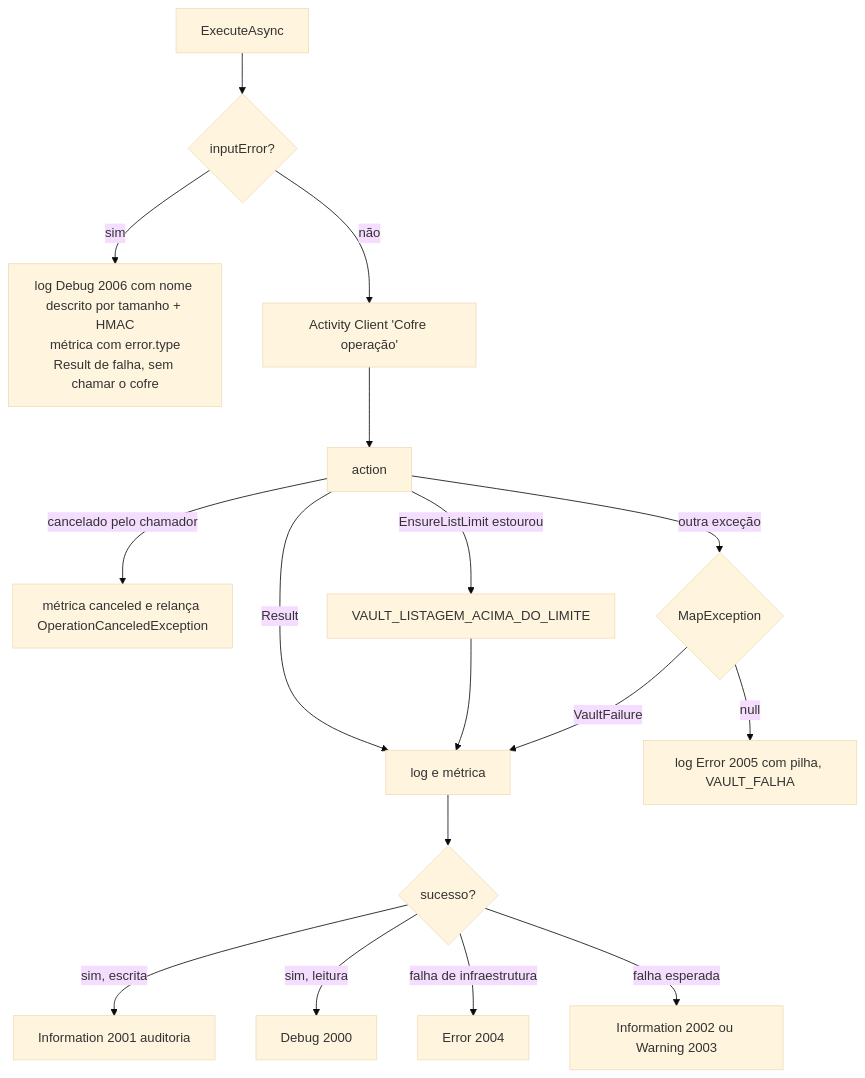
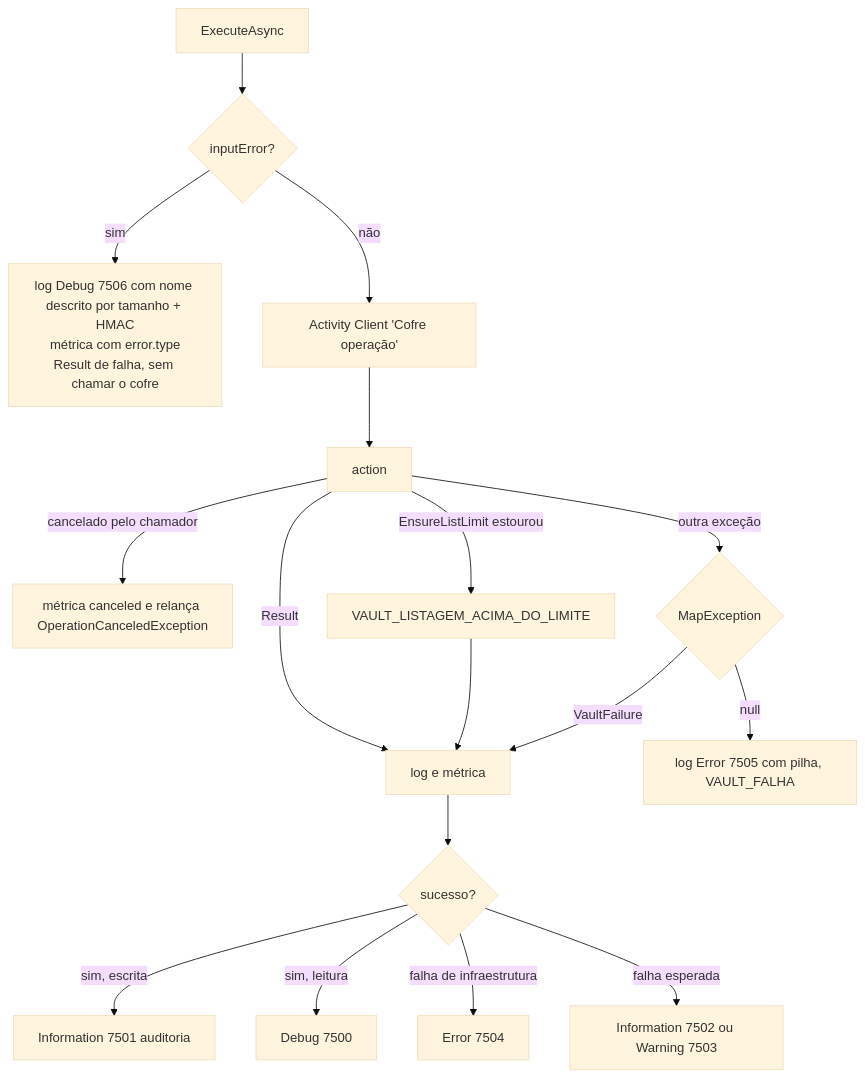
Before and after one commit to tudoemcodigo/lib-tec-vault: the second of 3 diagrams in docs/novo-provedor.md, drawn with Mermaid (base theme). The commit also changed other lines of this file and 16 other files, not shown here.

````diff
--- a/docs/novo-provedor.md
+++ b/docs/novo-provedor.md
@@ -41,19 +41,19 @@
 ```mermaid
 flowchart TD
     A["ExecuteAsync"] --> B{"inputError?"}
-    B -->|"sim"| C["log Debug 2006 com nome descrito por tamanho + HMAC<br/>métrica com error.type<br/>Result de falha, sem chamar o cofre"]
+    B -->|"sim"| C["log Debug 7506 com nome descrito por tamanho + HMAC<br/>métrica com error.type<br/>Result de falha, sem chamar o cofre"]
     B -->|"não"| D["Activity Client 'Cofre operação'"]
     D --> E["action"]
     E -->|"Result"| F["log e métrica"]
     E -->|"cancelado pelo chamador"| G["métrica canceled e relança OperationCanceledException"]
     E -->|"EnsureListLimit estourou"| L["VAULT_LISTAGEM_ACIMA_DO_LIMITE"]
     L --> F
     E -->|"outra exceção"| H{"MapException"}
     H -->|"VaultFailure"| F
-    H -->|"null"| I["log Error 2005 com pilha, VAULT_FALHA"]
+    H -->|"null"| I["log Error 7505 com pilha, VAULT_FALHA"]
     F --> J{"sucesso?"}
-    J -->|"sim, escrita"| K["Information 2001 auditoria"]
-    J -->|"sim, leitura"| M["Debug 2000"]
-    J -->|"falha de infraestrutura"| N["Error 2004"]
-    J -->|"falha esperada"| O["Information 2002 ou Warning 2003"]
+    J -->|"sim, escrita"| K["Information 7501 auditoria"]
+    J -->|"sim, leitura"| M["Debug 7500"]
+    J -->|"falha de infraestrutura"| N["Error 7504"]
+    J -->|"falha esperada"| O["Information 7502 ou Warning 7503"]
 ```
````
